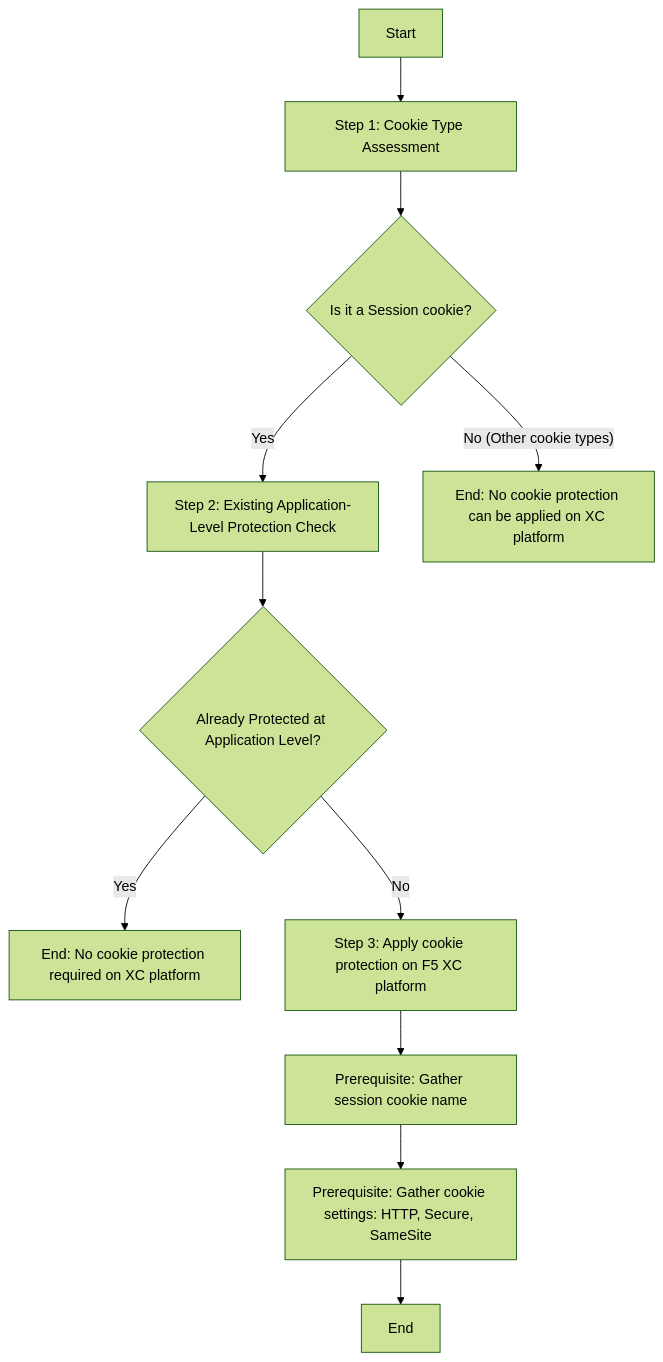
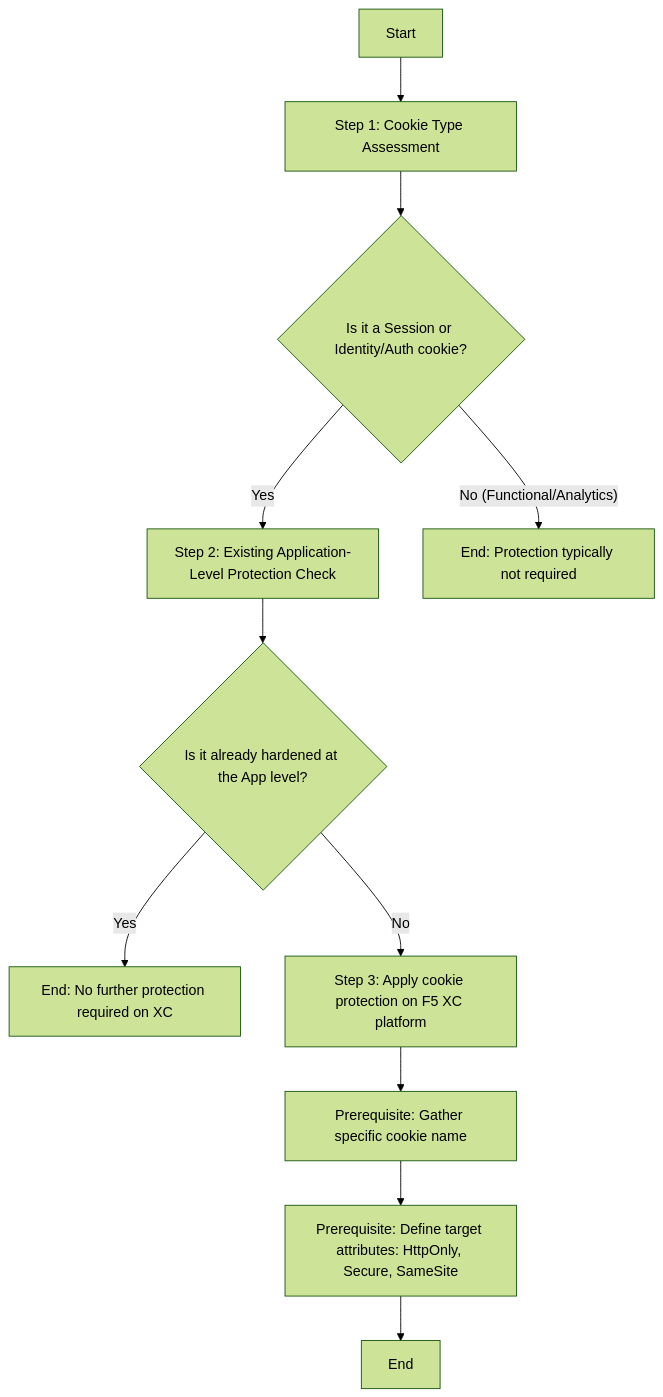
One commit to SarveshWagh/f5xc-flowcharts changed the diagram in cookie-protection.md. Above: the diagram before and after it, drawn with Mermaid (forest theme).

````diff
--- a/cookie-protection.md
+++ b/cookie-protection.md
@@ -1,14 +1,18 @@
 ``` mermaid
 flowchart TD
     A[Start] --> B[Step 1: Cookie Type Assessment]
 
-    B --> C{Is it a Session cookie?}
+    B --> C{Is it a Session or Identity/Auth cookie?}
+    
     C -- Yes --> D[Step 2: Existing Application-Level Protection Check]
-    C -- No (Other cookie types) --> E[End: No cookie protection can be applied on XC platform]
-    D --> F{Already Protected at Application Level?}
-    F -- Yes --> G[End: No cookie protection required on XC platform]
+    C -- No (Functional/Analytics) --> E[End: Protection typically not required]
+    
+    D --> F{Is it already hardened at the App level?}
+    
+    F -- Yes --> G[End: No further protection required on XC]
     F -- No --> H[Step 3: Apply cookie protection on F5 XC platform]
-    H --> I[Prerequisite: Gather session cookie name]
-    I --> J[Prerequisite: Gather cookie settings: HTTP, Secure, SameSite]
+    
+    H --> I[Prerequisite: Gather specific cookie name]
+    I --> J[Prerequisite: Define target attributes: HttpOnly, Secure, SameSite]
     J --> K[End]
 ```
````
